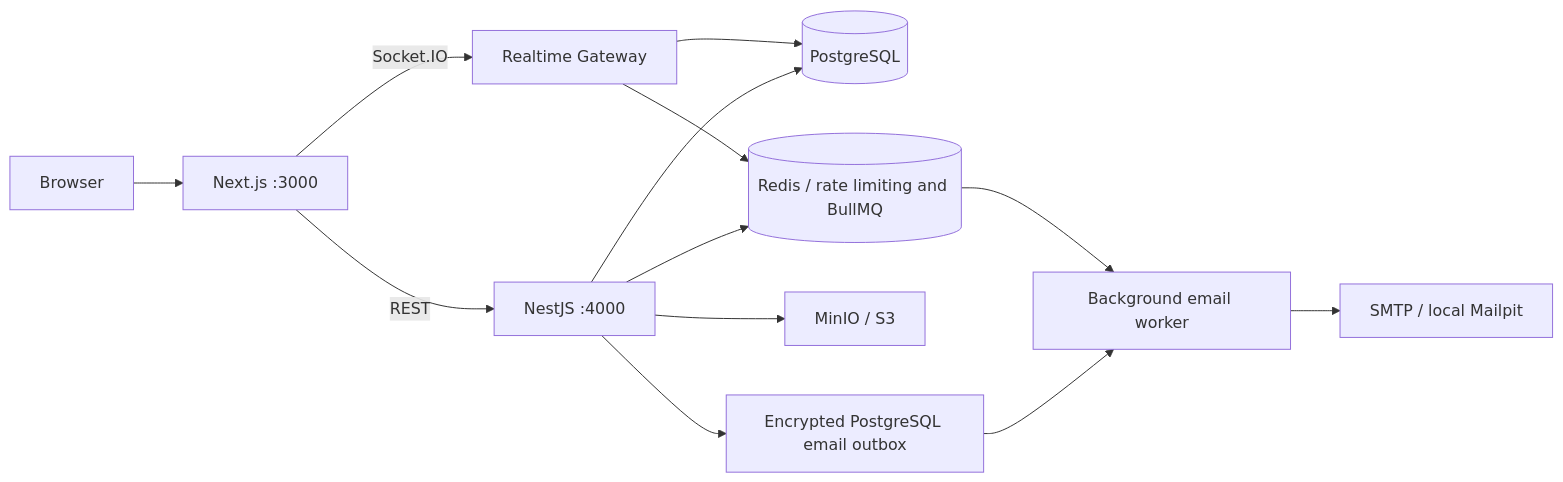
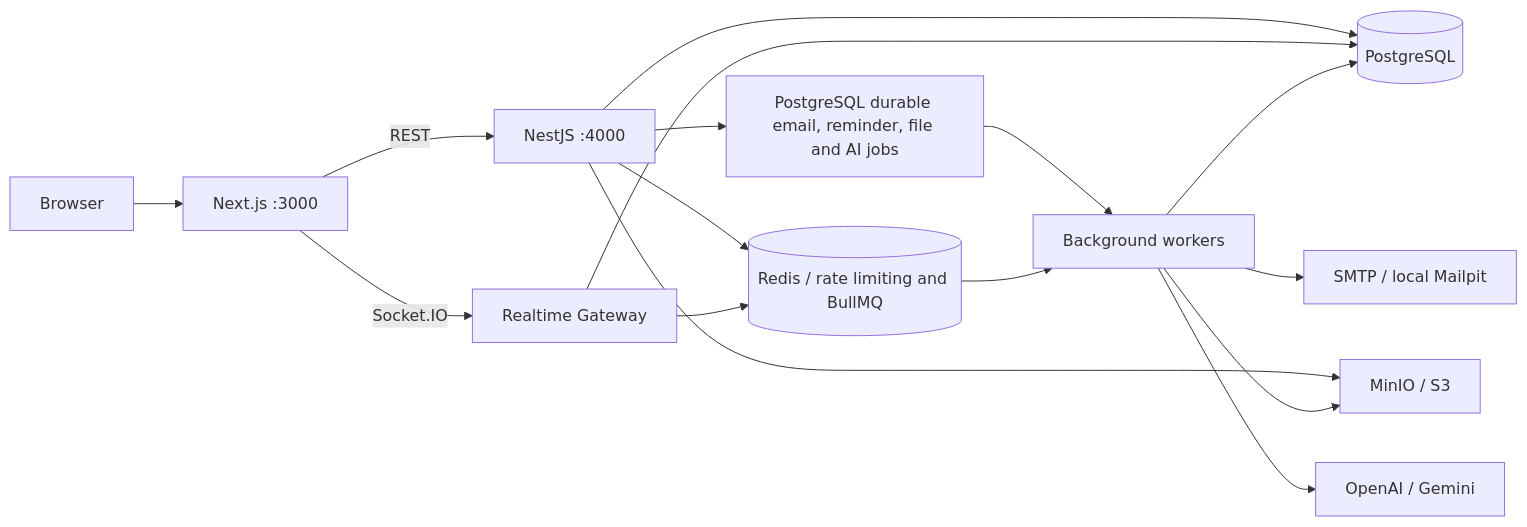
One commit to itzBaowy/FlowSync changed the diagram in README.md. Above: the diagram before and after it, drawn with Mermaid. The commit also changed other lines of this file and 11 other files, not shown here.

````diff
--- a/README.md
+++ b/README.md
@@ -43,15 +45,18 @@
 ```mermaid
 flowchart LR
   Browser --> Web[Next.js :3000]
   Web -->|REST| API[NestJS :4000]
   API --> DB[(PostgreSQL)]
   API --> Redis[(Redis / rate limiting and BullMQ)]
   API --> Storage[MinIO / S3]
   Web -->|Socket.IO| Gateway[Realtime Gateway]
   Gateway --> DB
   Gateway --> Redis
-  API --> Outbox[Encrypted PostgreSQL email outbox]
-  Outbox --> Worker[Background email worker]
+  API --> Jobs[PostgreSQL durable email, reminder, file and AI jobs]
+  Jobs --> Worker[Background workers]
   Redis --> Worker
   Worker --> SMTP[SMTP / local Mailpit]
+  Worker --> Storage
+  Worker --> DB
+  Worker --> Provider[OpenAI / Gemini]
 ```
````
